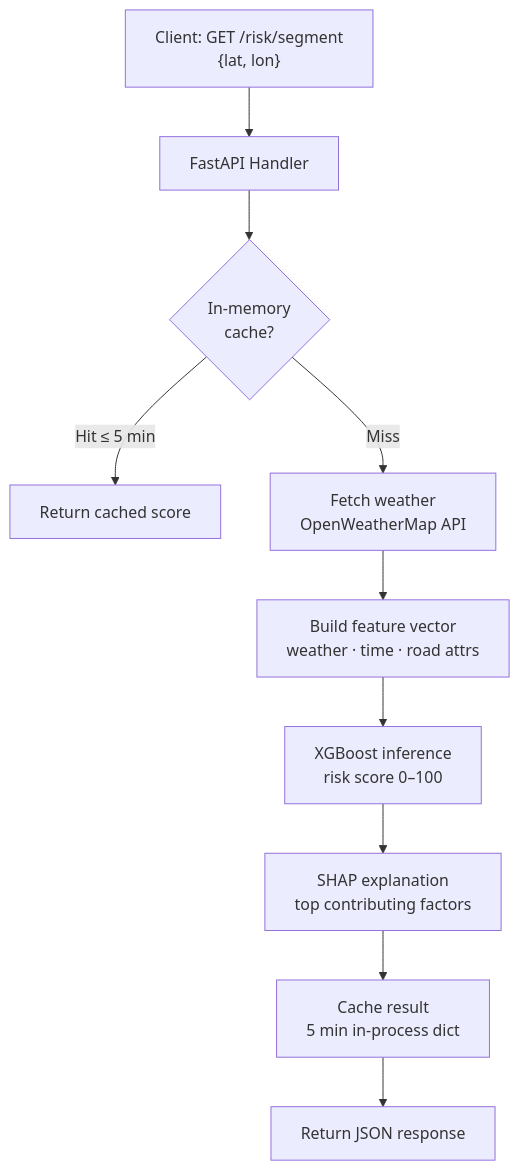
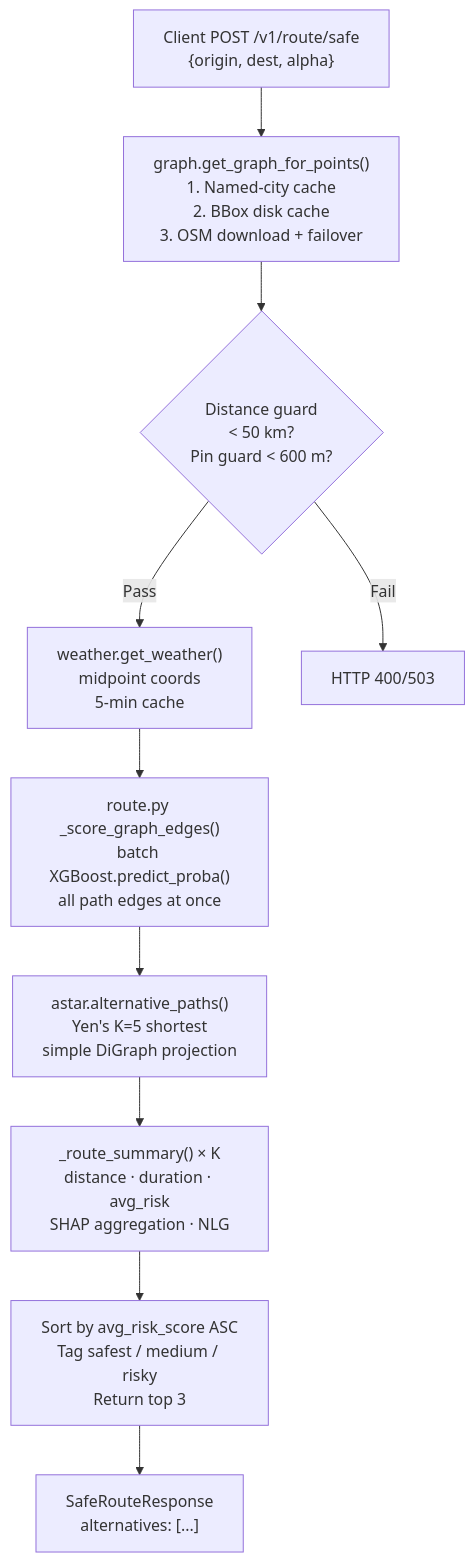
The third of 5 diagrams in README.md (Chanu716/STRIVE), drawn with Mermaid before and after one commit. The commit also changed other lines of this file and 1 other file, not shown here.

````diff
--- a/README.md
+++ b/README.md
@@ -130,12 +165,12 @@
 ```mermaid
 flowchart TD
-    A["Client: GET /risk/segment\n{lat, lon}"] --> B["FastAPI Handler"]
-    B --> C{"In-memory\ncache?"}
-    C -->|Hit ≤ 5 min| D["Return cached score"]
-    C -->|Miss| E["Fetch weather\nOpenWeatherMap API"]
-    E --> F["Build feature vector\nweather · time · road attrs"]
-    F --> G["XGBoost inference\nrisk score 0–100"]
-    G --> H["SHAP explanation\ntop contributing factors"]
-    H --> I["Cache result\n5 min in-process dict"]
-    I --> J["Return JSON response"]
+    Req["Client POST /v1/route/safe\n{origin, dest, alpha}"] --> GG
+    GG["graph.get_graph_for_points()\n1. Named-city cache\n2. BBox disk cache\n3. OSM download + failover"] --> Val
+    Val{"Distance guard\n< 50 km?\nPin guard < 600 m?"} -->|Pass| WX
+    Val -->|Fail| Err["HTTP 400/503"]
+    WX["weather.get_weather()\nmidpoint coords\n5-min cache"] --> Score
+    Score["route.py _score_graph_edges()\nbatch XGBoost.predict_proba()\nall path edges at once"] --> Paths
+    Paths["astar.alternative_paths()\nYen's K=5 shortest\nsimple DiGraph projection"] --> Sum
+    Sum["_route_summary() × K\ndistance · duration · avg_risk\nSHAP aggregation · NLG"] --> Sort
+    Sort["Sort by avg_risk_score ASC\nTag safest / medium / risky\nReturn top 3"] --> Resp["SafeRouteResponse\nalternatives: [...]"]
 ```
````
